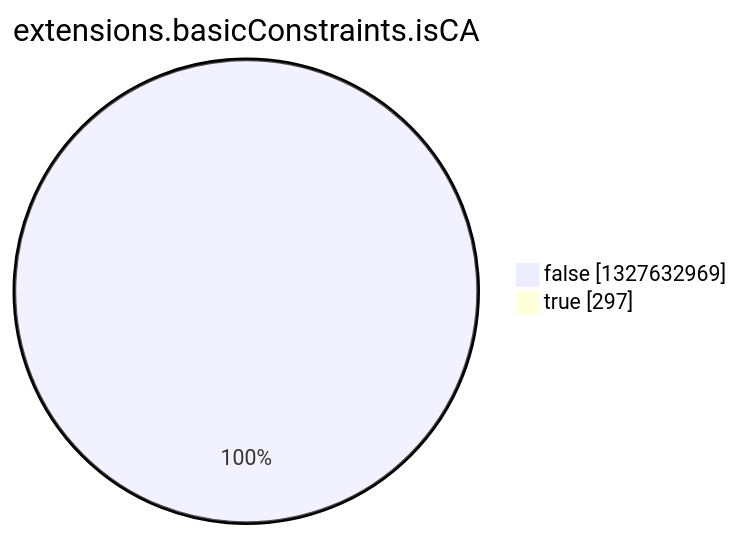
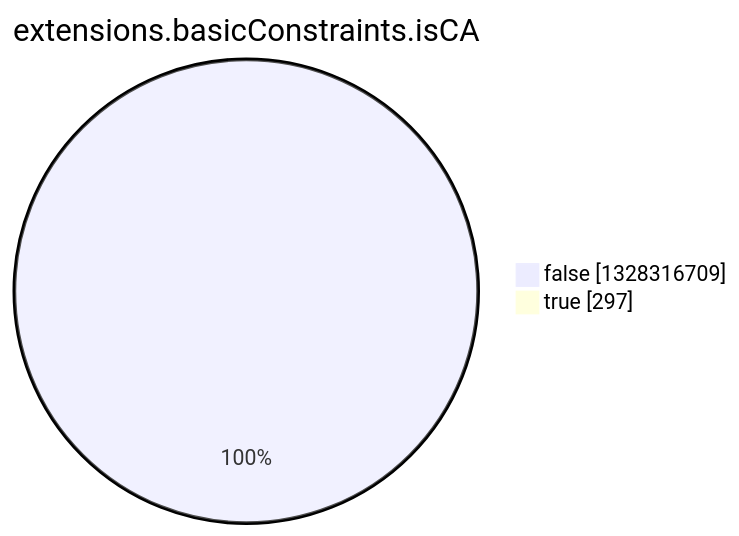
Before and after one commit to christiankrug/ctmonitor_visualization: the eighth of 15 diagrams in argon2022/README.md, drawn with Mermaid. The commit also changed other lines of this file, not shown here.

````diff
--- a/argon2022/README.md
+++ b/argon2022/README.md
@@ -2758,6 +2758,6 @@
 ```mermaid
 pie showData
 title extensions.basicConstraints.isCA
-"false" :1327632969
+"false" :1328316709
 "true" :297
 ```
````
